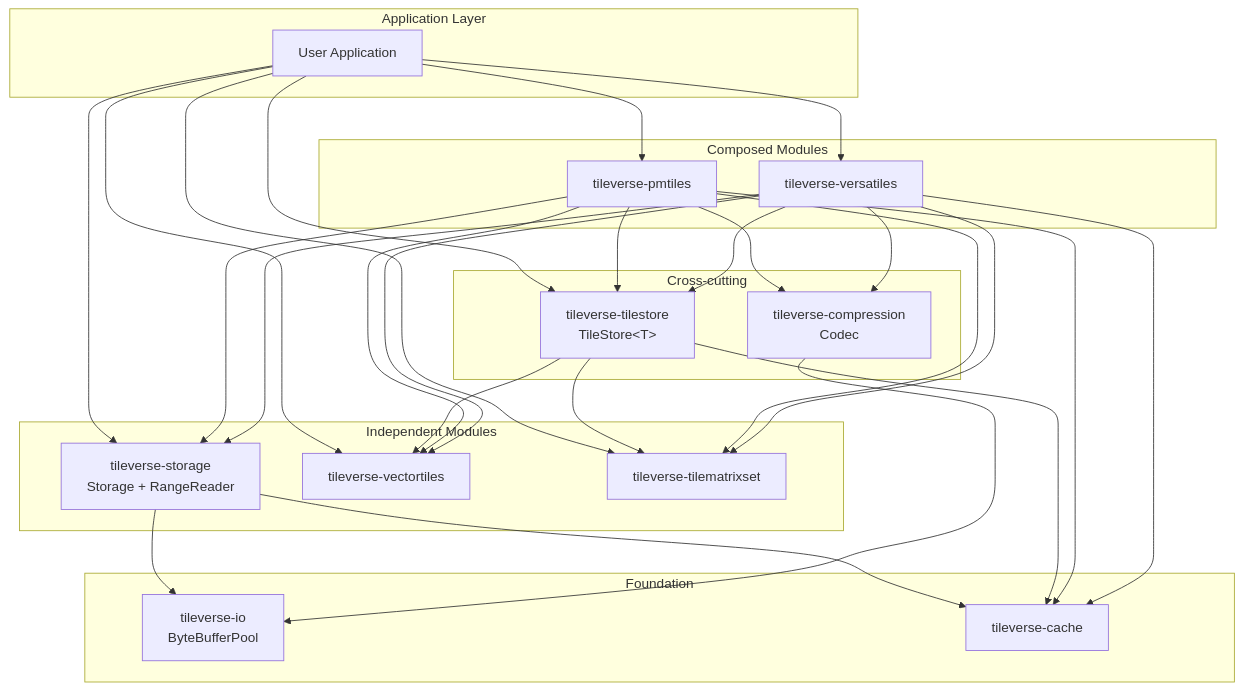
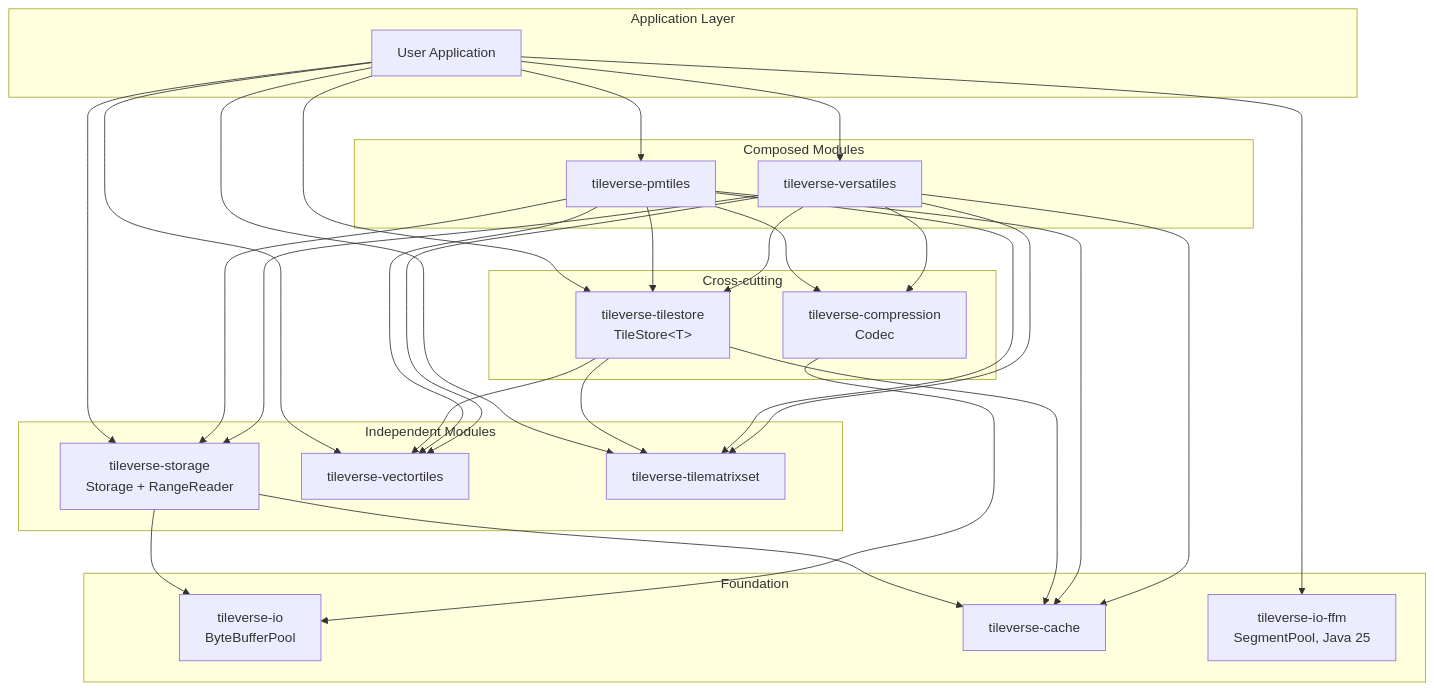
The diagram in docs/src/developer-guide/explanation/architecture.md (tileverse-io/tileverse), drawn with Mermaid before and after one commit. The commit also changed other lines of this file and 30 other files, not shown here.

First line of the commit message:
feat: pool native memory segments on Java 25

````diff
--- a/docs/src/developer-guide/explanation/architecture.md
+++ b/docs/src/developer-guide/explanation/architecture.md
@@ -9,57 +9,59 @@
 ```mermaid
 graph TD
     subgraph "Application Layer"
         App[User Application]
     end
 
     subgraph "Independent Modules"
         ST[tileverse-storage<br/>Storage + RangeReader]
         VT[tileverse-vectortiles]
         TMS[tileverse-tilematrixset]
     end
 
     subgraph "Foundation"
         IO[tileverse-io<br/>ByteBufferPool]
         CACHE[tileverse-cache]
+        FFM[tileverse-io-ffm<br/>SegmentPool, Java 25]
     end
 
     subgraph "Cross-cutting"
         TS[tileverse-tilestore<br/>TileStore&lt;T&gt;]
         CMP[tileverse-compression<br/>Codec]
     end
 
     subgraph "Composed Modules"
         PMT[tileverse-pmtiles]
         VER[tileverse-versatiles]
     end
 
     App --> ST
     App --> VT
     App --> TMS
     App --> TS
     App --> PMT
     App --> VER
+    App --> FFM
 
     ST --> IO
     ST --> CACHE
 
     TS --> VT
     TS --> TMS
     TS --> CACHE
 
     CMP --> IO
 
     PMT --> ST
     PMT --> VT
     PMT --> TMS
     PMT --> TS
     PMT --> CMP
     PMT --> CACHE
 
     VER --> ST
     VER --> VT
     VER --> TMS
     VER --> TS
     VER --> CMP
     VER --> CACHE
 ```
````
